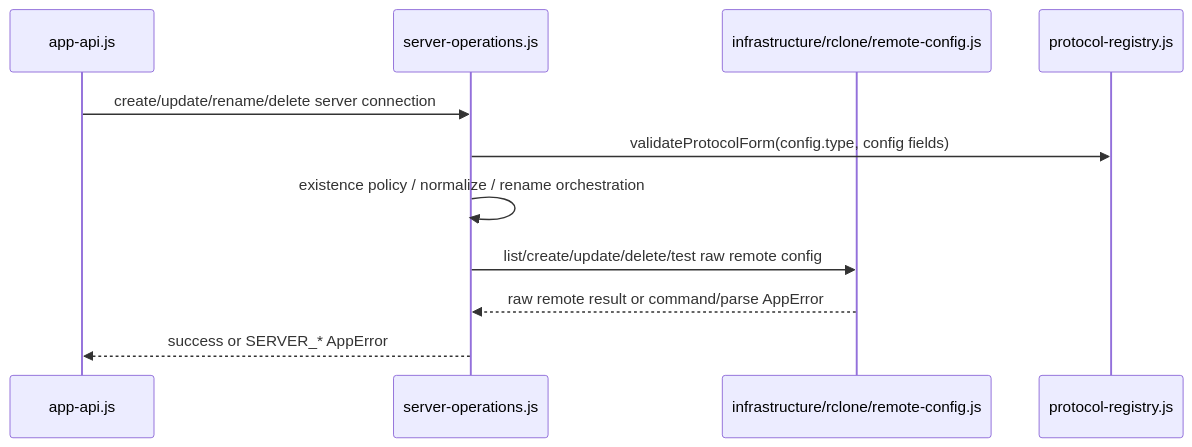
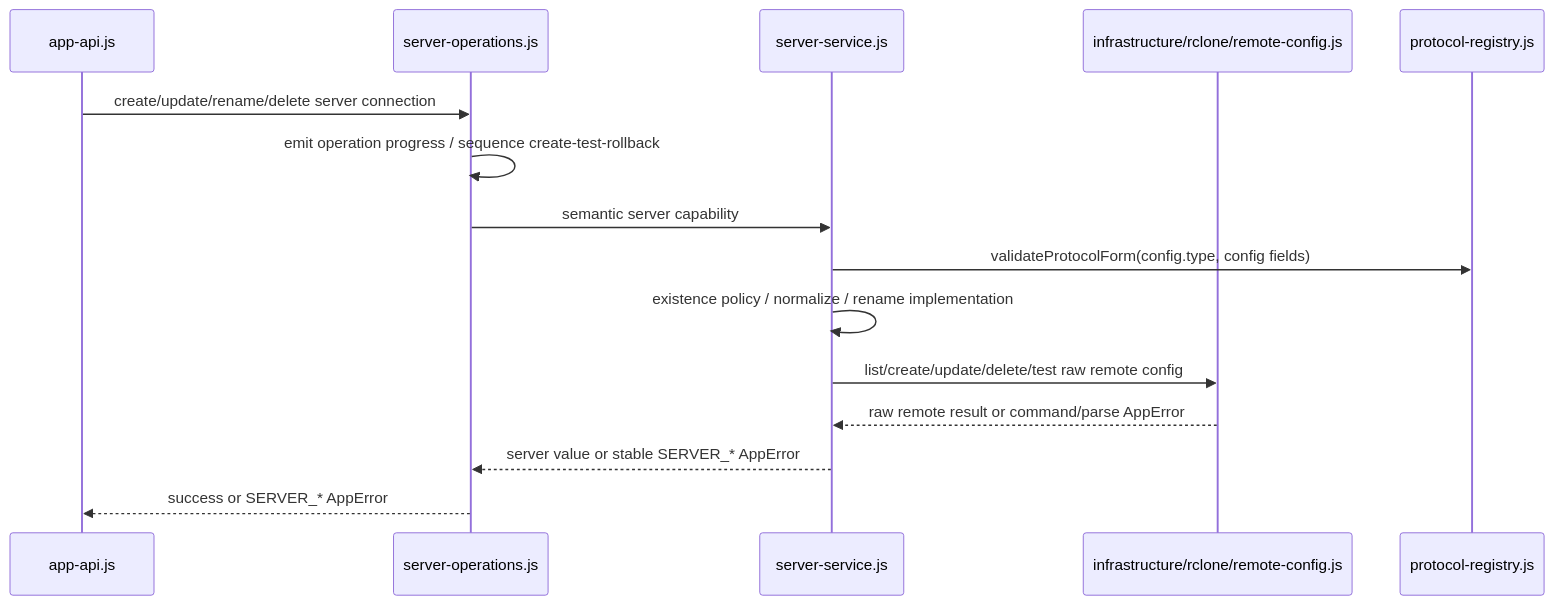
One commit to agalloch21/sync-with-rclone changed the third of 4 diagrams in docs/Architecture.md. Above: the diagram before and after it, drawn with Mermaid. The commit also changed other lines of this file and 27 other files, not shown here.

````diff
--- a/docs/Architecture.md
+++ b/docs/Architecture.md
@@ -493,14 +497,18 @@
 ```mermaid
 sequenceDiagram
   participant APP as app-api.js
   participant SO as server-operations.js
+  participant SS as server-service.js
   participant RC as infrastructure/rclone/remote-config.js
   participant PR as protocol-registry.js
 
   APP->>SO: create/update/rename/delete server connection
-  SO->>PR: validateProtocolForm(config.type, config fields)
-  SO->>SO: existence policy / normalize / rename orchestration
-  SO->>RC: list/create/update/delete/test raw remote config
-  RC-->>SO: raw remote result or command/parse AppError
+  SO->>SO: emit operation progress / sequence create-test-rollback
+  SO->>SS: semantic server capability
+  SS->>PR: validateProtocolForm(config.type, config fields)
+  SS->>SS: existence policy / normalize / rename implementation
+  SS->>RC: list/create/update/delete/test raw remote config
+  RC-->>SS: raw remote result or command/parse AppError
+  SS-->>SO: server value or stable SERVER_* AppError
   SO-->>APP: success or SERVER_* AppError
 ```
````
